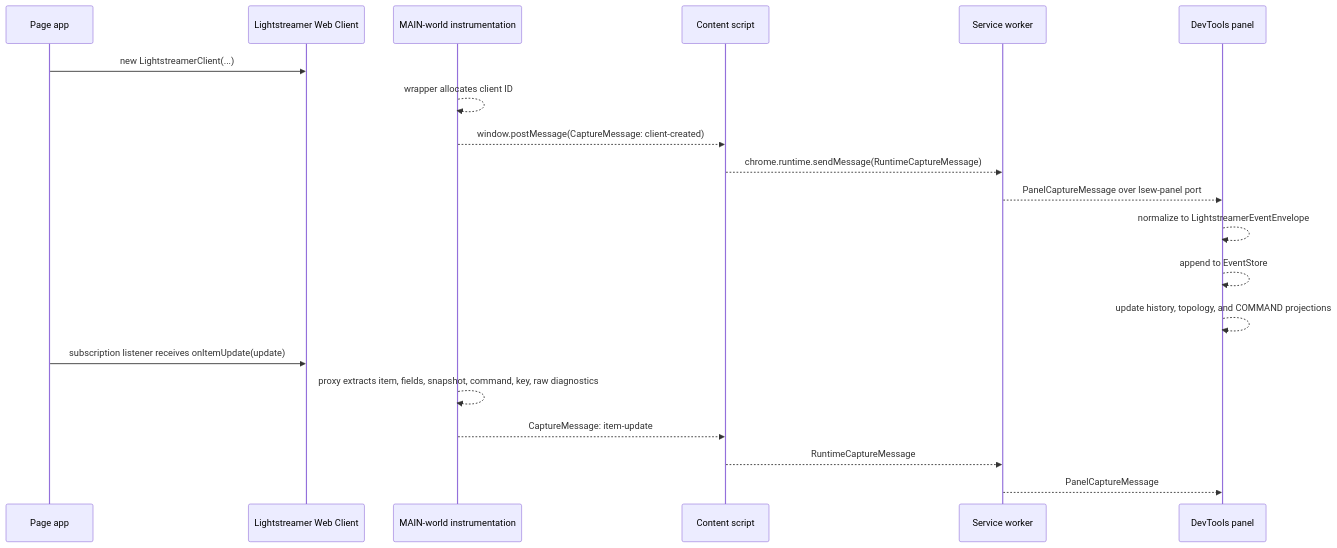
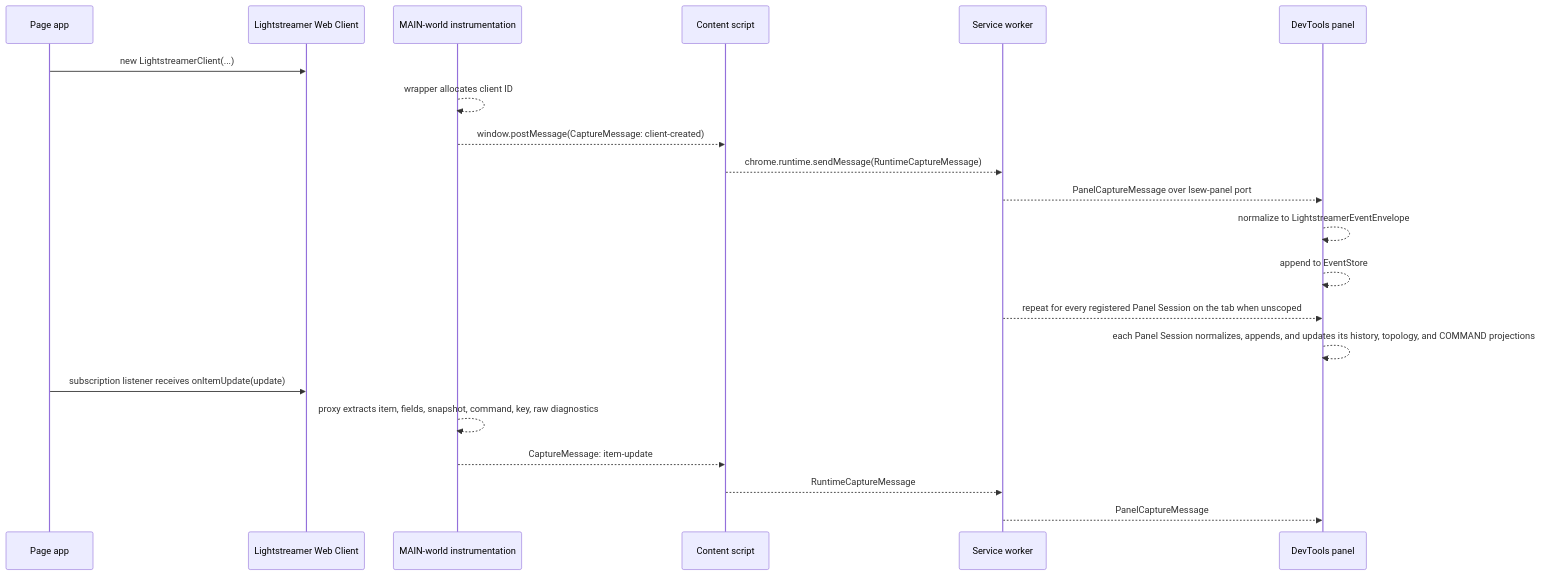
One commit to imom39a/lightstreamer-workbench-extension changed the third of 7 diagrams in docs/ARCHITECTURE.md. Above: the diagram before and after it, drawn with Mermaid. The commit also changed other lines of this file and 20 other files, not shown here.

````diff
--- a/docs/ARCHITECTURE.md
+++ b/docs/ARCHITECTURE.md
@@ -269,24 +269,25 @@
 ```mermaid
 sequenceDiagram
   participant App as Page app
   participant LS as Lightstreamer Web Client
   participant Inj as MAIN-world instrumentation
   participant CS as Content script
   participant BG as Service worker
   participant UI as DevTools panel
 
   App->>LS: new LightstreamerClient(...)
   Inj-->>Inj: wrapper allocates client ID
   Inj-->>CS: window.postMessage(CaptureMessage: client-created)
   CS-->>BG: chrome.runtime.sendMessage(RuntimeCaptureMessage)
   BG-->>UI: PanelCaptureMessage over lsew-panel port
   UI-->>UI: normalize to LightstreamerEventEnvelope
   UI-->>UI: append to EventStore
-  UI-->>UI: update history, topology, and COMMAND projections
+  BG-->>UI: repeat for every registered Panel Session on the tab when unscoped
+  UI-->>UI: each Panel Session normalizes, appends, and updates its history, topology, and COMMAND projections
 
   App->>LS: subscription listener receives onItemUpdate(update)
   Inj-->>Inj: proxy extracts item, fields, snapshot, command, key, raw diagnostics
   Inj-->>CS: CaptureMessage: item-update
   CS-->>BG: RuntimeCaptureMessage
   BG-->>UI: PanelCaptureMessage
 ```
````
